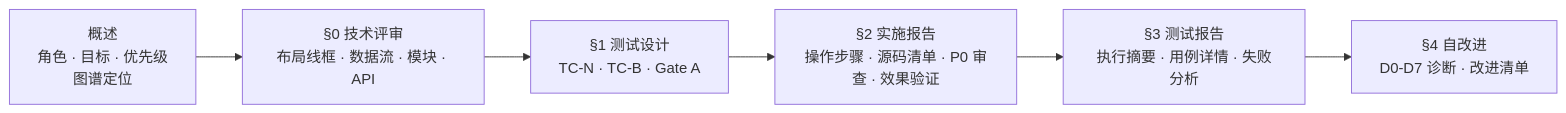
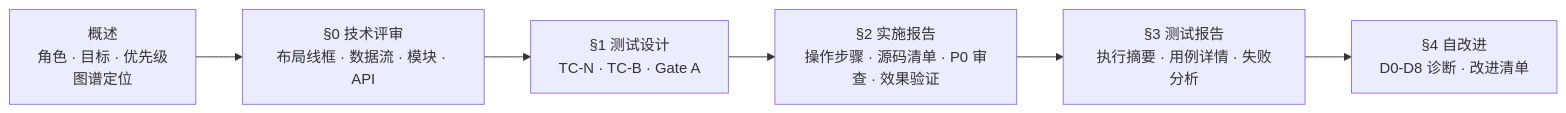
Before and after one commit to effiy/YrY: the fifth of 6 diagrams in skills/rui/formulas.md, drawn with Mermaid. The commit also changed other lines of this file and 1028 other files, not shown here.

````diff
--- a/skills/rui/formulas.md
+++ b/skills/rui/formulas.md
@@ -263,9 +263,9 @@
 ```mermaid
 flowchart LR
     SOVERVIEW["概述<br/>角色 · 目标 · 优先级<br/>图谱定位"] --> S0["§0 技术评审<br/>布局线框 · 数据流 · 模块 · API"]
     S0 --> S1["§1 测试设计<br/>TC-N · TC-B · Gate A"]
     S1 --> S2["§2 实施报告<br/>操作步骤 · 源码清单 · P0 审查 · 效果验证"]
     S2 --> S3["§3 测试报告<br/>执行摘要 · 用例详情 · 失败分析"]
-    S3 --> S4["§4 自改进<br/>D0-D7 诊断 · 改进清单"]
+    S3 --> S4["§4 自改进<br/>D0-D8 诊断 · 改进清单"]
 
 ```
````
